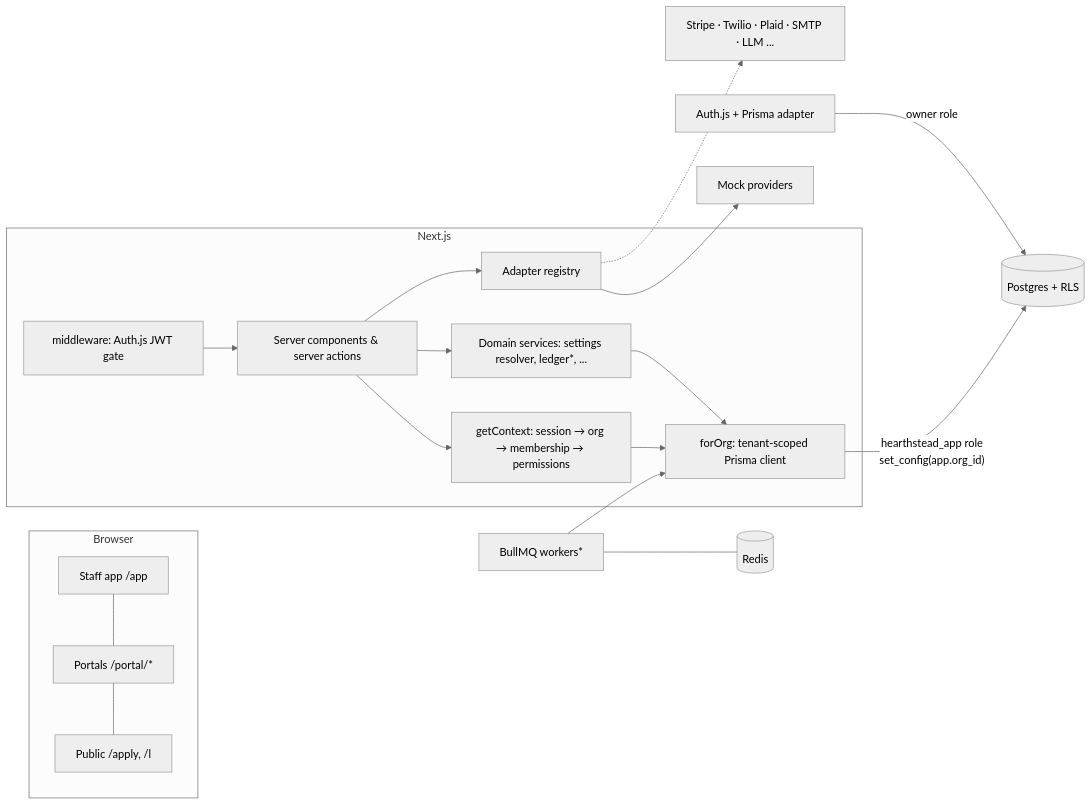
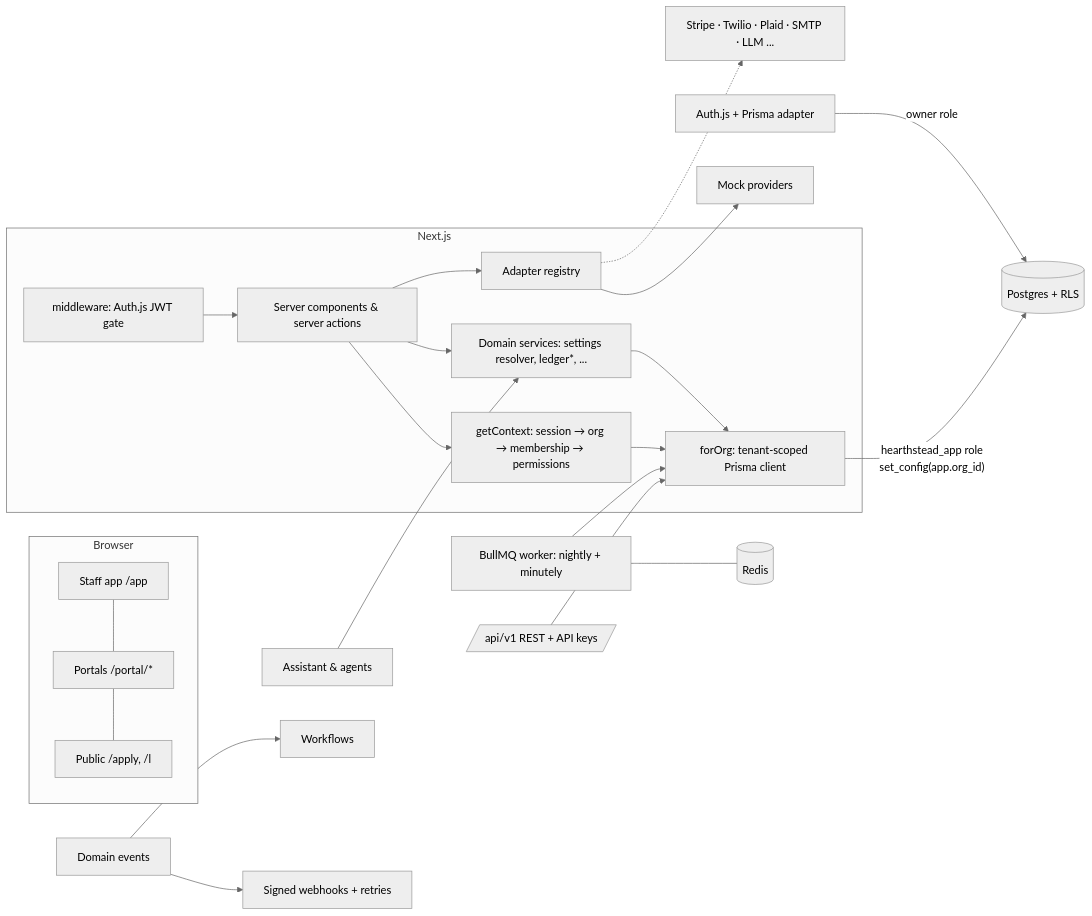
The diagram in README.md (PicassoPepe/hearthstead), drawn with Mermaid (neutral theme) before and after one commit. The commit also changed other lines of this file and 4 other files, not shown here.

First line of the commit message:
Phase 10: e2e tests, 2FA sign-in fix, docs (README phase 10 demo, env vars, architecture; assumptions)

````diff
--- a/README.md
+++ b/README.md
@@ -104,21 +109,25 @@
 ```mermaid
 flowchart LR
   subgraph Browser
     A[Staff app /app] --- P[Portals /portal/*]
     P --- X[Public /apply, /l]
   end
   subgraph Next.js
     MW[middleware: Auth.js JWT gate] --> RSC[Server components & server actions]
     RSC --> CTX[getContext: session → org → membership → permissions]
     CTX --> DAL[forOrg: tenant-scoped Prisma client]
     RSC --> SVC[Domain services: settings resolver, ledger*, ...]
     SVC --> DAL
     RSC --> ADP[Adapter registry]
   end
   DAL -->|"hearthstead_app role\nset_config(app.org_id)"| PG[(Postgres + RLS)]
   AUTH[Auth.js + Prisma adapter] -->|owner role| PG
   ADP --> MOCK[Mock providers]
   ADP -.-> REAL[Stripe · Twilio · Plaid · SMTP · LLM ...]
-  JOBS[BullMQ workers*] --> DAL
+  JOBS[BullMQ worker: nightly + minutely] --> DAL
   JOBS --- R[(Redis)]
+  API[/api/v1 REST + API keys/] --> DAL
+  EV[Domain events] --> WH[Signed webhooks + retries]
+  EV --> WF[Workflows]
+  AI[Assistant & agents] --> SVC
 ```
````
